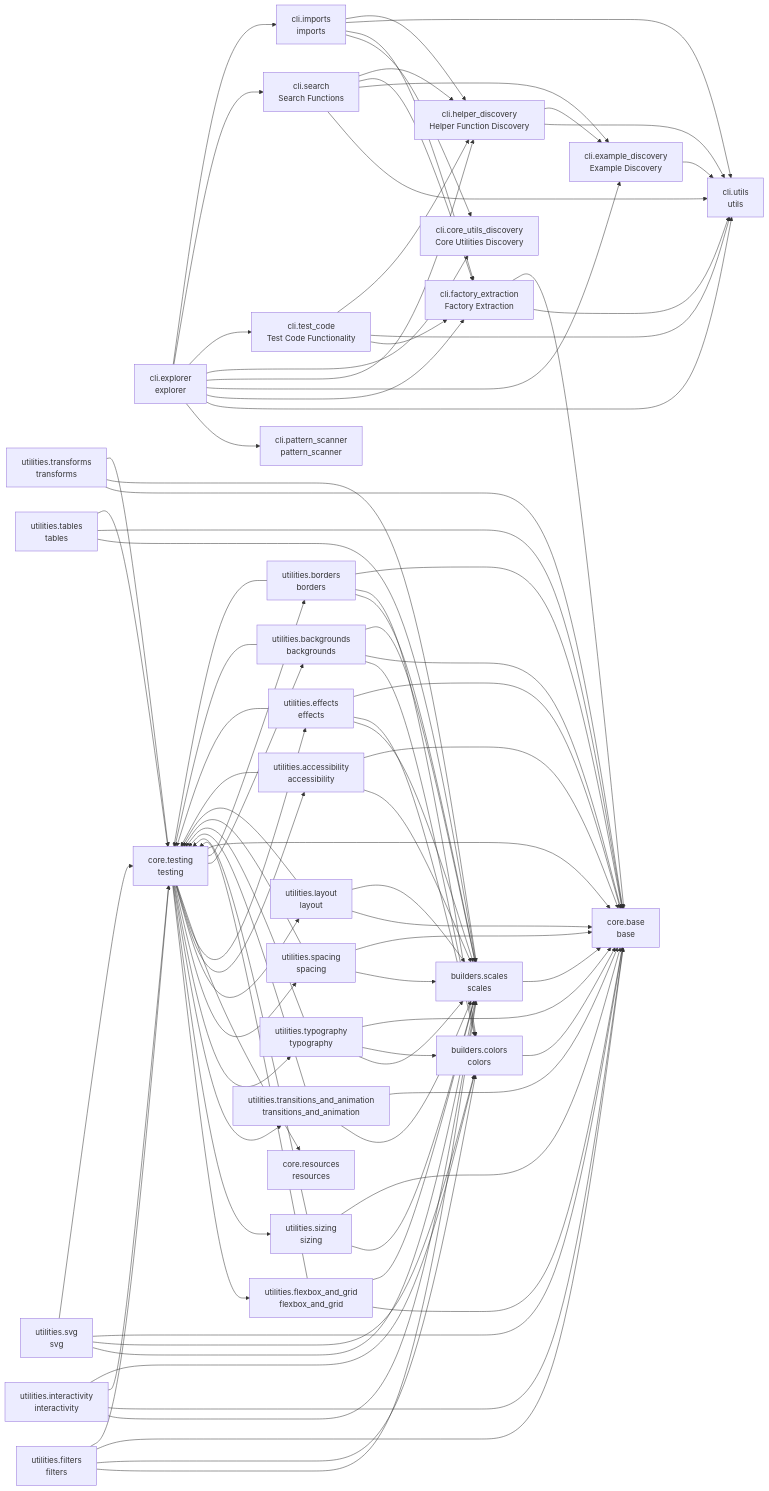
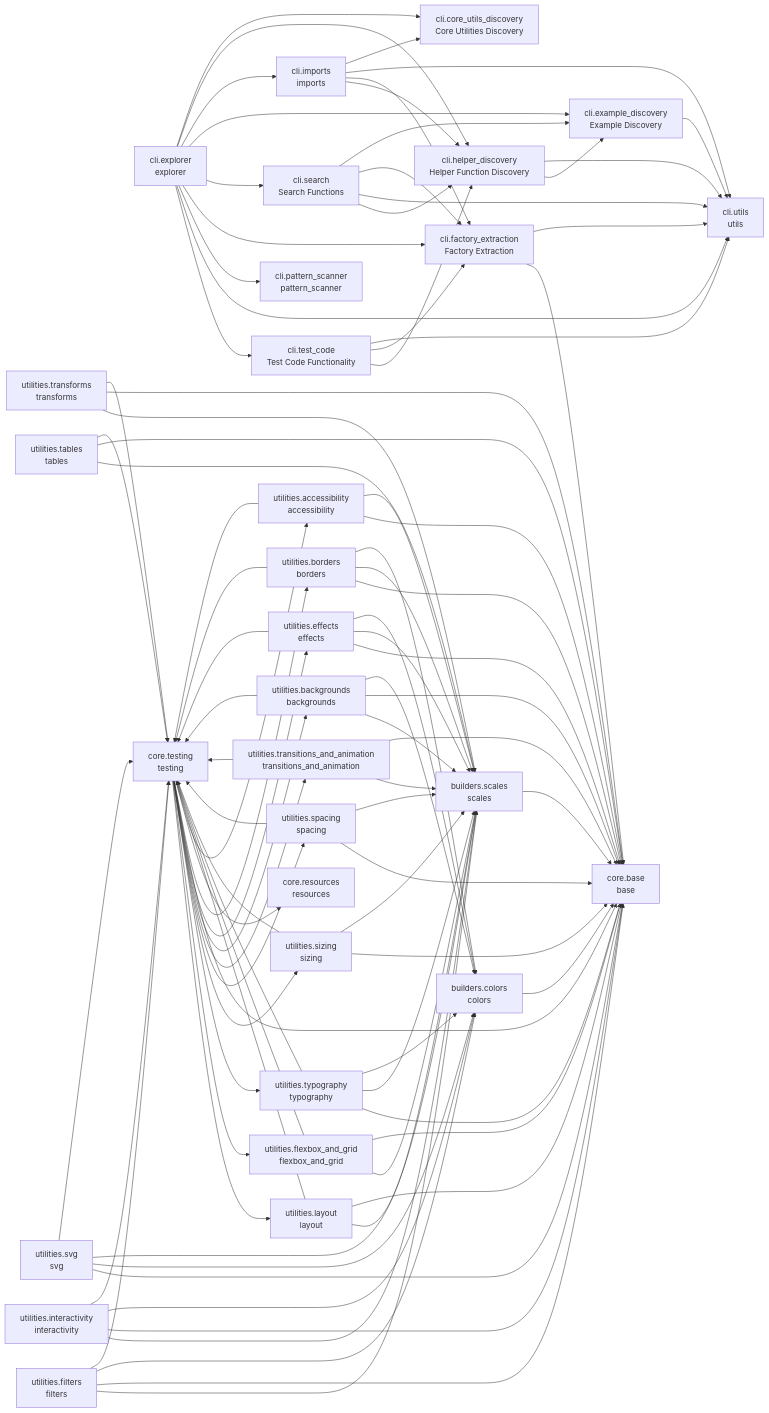
One commit to cj-mills/cjm-fasthtml-tailwind changed the diagram in README.md. Above: the diagram before and after it, drawn with Mermaid. The commit also changed other lines of this file and 8 other files, not shown here.

Commit message:
Update CLI tool helper text.

````diff
--- a/README.md
+++ b/README.md
@@ -87,92 +87,92 @@
     builders_colors --> core_base
     builders_scales --> core_base
     cli_example_discovery --> cli_utils
+    cli_explorer --> cli_test_code
+    cli_explorer --> cli_utils
     cli_explorer --> cli_pattern_scanner
-    cli_explorer --> cli_utils
     cli_explorer --> cli_factory_extraction
+    cli_explorer --> cli_search
     cli_explorer --> cli_example_discovery
+    cli_explorer --> cli_imports
     cli_explorer --> cli_helper_discovery
     cli_explorer --> cli_core_utils_discovery
-    cli_explorer --> cli_test_code
-    cli_explorer --> cli_search
-    cli_explorer --> cli_imports
+    cli_factory_extraction --> core_base
     cli_factory_extraction --> cli_utils
-    cli_factory_extraction --> core_base
+    cli_helper_discovery --> cli_example_discovery
     cli_helper_discovery --> cli_utils
-    cli_helper_discovery --> cli_example_discovery
-    cli_imports --> cli_core_utils_discovery
+    cli_imports --> cli_helper_discovery
     cli_imports --> cli_factory_extraction
     cli_imports --> cli_utils
-    cli_imports --> cli_helper_discovery
+    cli_imports --> cli_core_utils_discovery
+    cli_search --> cli_helper_discovery
     cli_search --> cli_utils
+    cli_search --> cli_factory_extraction
     cli_search --> cli_example_discovery
-    cli_search --> cli_factory_extraction
-    cli_search --> cli_helper_discovery
+    cli_test_code --> cli_helper_discovery
     cli_test_code --> cli_factory_extraction
     cli_test_code --> cli_utils
-    cli_test_code --> cli_helper_discovery
+    core_testing --> utilities_layout
     core_testing --> utilities_flexbox_and_grid
+    core_testing --> utilities_typography
     core_testing --> utilities_sizing
+    core_testing --> utilities_spacing
     core_testing --> utilities_transitions_and_animation
-    core_testing --> utilities_typography
-    core_testing --> utilities_spacing
-    core_testing --> utilities_layout
+    core_testing --> utilities_backgrounds
+    core_testing --> utilities_effects
+    core_testing --> core_base
+    core_testing --> utilities_borders
+    core_testing --> core_resources
     core_testing --> utilities_accessibility
-    core_testing --> utilities_effects
-    core_testing --> core_resources
-    core_testing --> utilities_backgrounds
-    core_testing --> utilities_borders
-    core_testing --> core_base
+    utilities_accessibility --> core_base
+    utilities_accessibility --> builders_scales
     utilities_accessibility --> core_testing
-    utilities_accessibility --> builders_scales
-    utilities_accessibility --> core_base
+    utilities_backgrounds --> builders_scales
+    utilities_backgrounds --> core_base
     utilities_backgrounds --> builders_colors
-    utilities_backgrounds --> core_base
-    utilities_backgrounds --> builders_scales
     utilities_backgrounds --> core_testing
+    utilities_borders --> core_base
     utilities_borders --> builders_scales
     utilities_borders --> builders_colors
-    utilities_borders --> core_base
     utilities_borders --> core_testing
+    utilities_effects --> core_base
     utilities_effects --> builders_scales
     utilities_effects --> builders_colors
-    utilities_effects --> core_base
     utilities_effects --> core_testing
     utilities_filters --> builders_scales
+    utilities_filters --> core_base
     utilities_filters --> builders_colors
-    utilities_filters --> core_base
     utilities_filters --> core_testing
+    utilities_flexbox_and_grid --> builders_scales
     utilities_flexbox_and_grid --> core_base
-    utilities_flexbox_and_grid --> builders_scales
     utilities_flexbox_and_grid --> core_testing
     utilities_interactivity --> builders_scales
     utilities_interactivity --> core_base
+    utilities_interactivity --> builders_colors
     utilities_interactivity --> core_testing
-    utilities_interactivity --> builders_colors
+    utilities_layout --> builders_scales
     utilities_layout --> core_base
-    utilities_layout --> builders_scales
     utilities_layout --> core_testing
+    utilities_sizing --> core_base
+    utilities_sizing --> builders_scales
     utilities_sizing --> core_testing
-    utilities_sizing --> builders_scales
-    utilities_sizing --> core_base
+    utilities_spacing --> core_base
     utilities_spacing --> builders_scales
-    utilities_spacing --> core_base
     utilities_spacing --> core_testing
+    utilities_svg --> core_base
+    utilities_svg --> builders_colors
     utilities_svg --> builders_scales
-    utilities_svg --> builders_colors
-    utilities_svg --> core_base
     utilities_svg --> core_testing
     utilities_tables --> builders_scales
     utilities_tables --> core_base
     utilities_tables --> core_testing
+    utilities_transforms --> builders_scales
     utilities_transforms --> core_base
-    utilities_transforms --> builders_scales
     utilities_transforms --> core_testing
     utilities_transitions_and_animation --> builders_scales
     utilities_transitions_and_animation --> core_base
     utilities_transitions_and_animation --> core_testing
+    utilities_typography --> core_base
     utilities_typography --> builders_scales
     utilities_typography --> builders_colors
-    utilities_typography --> core_base
     utilities_typography --> core_testing
 ```
````
